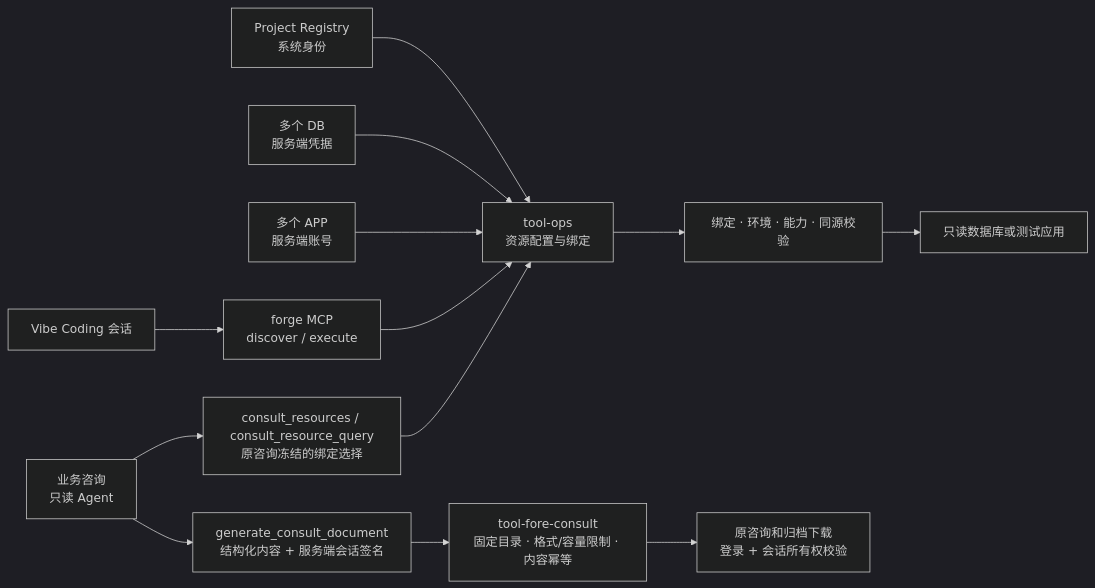
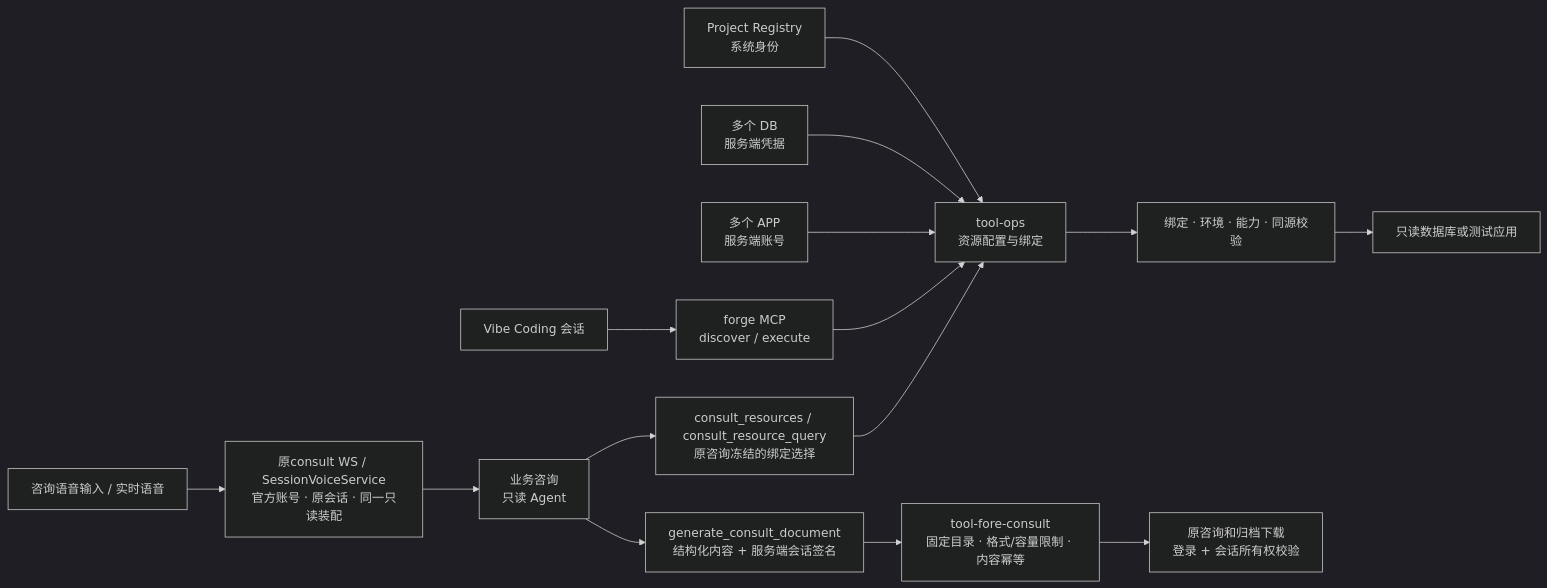
The eighth of 13 diagrams in docs/ai-coding-architecture.md (exception-coder/kai-toolbox), drawn with Mermaid (dark theme) before and after one commit. The commit also changed other lines of this file and 19 other files, not shown here.

````diff
--- a/docs/ai-coding-architecture.md
+++ b/docs/ai-coding-architecture.md
@@ -371,15 +373,17 @@
 ```mermaid
 flowchart LR
     REGISTRY["Project Registry<br/>系统身份"] --> BINDING["tool-ops<br/>资源配置与绑定"]
     DB["多个 DB<br/>服务端凭据"] --> BINDING
     APP["多个 APP<br/>服务端账号"] --> BINDING
     SESSION["Vibe Coding 会话"] --> FORGE["forge MCP<br/>discover / execute"]
     FORGE --> BINDING
     BINDING --> POLICY["绑定 · 环境 · 能力 · 同源校验"]
     POLICY --> TARGET["只读数据库或测试应用"]
     CONSULT["业务咨询<br/>只读 Agent"] --> DOC_TOOL["generate_consult_document<br/>结构化内容 + 服务端会话签名"]
+    CONSULT_UI["咨询语音输入 / 实时语音"] --> CONSULT_CHANNEL["原consult WS / SessionVoiceService<br/>官方账号 · 原会话 · 同一只读装配"]
+    CONSULT_CHANNEL --> CONSULT
     CONSULT --> QUERY_TOOL["consult_resources / consult_resource_query<br/>原咨询冻结的绑定选择"]
     QUERY_TOOL --> BINDING
     DOC_TOOL --> DOC_STORE["tool-fore-consult<br/>固定目录 · 格式/容量限制 · 内容幂等"]
     DOC_STORE --> DOC_DOWNLOAD["原咨询和归档下载<br/>登录 + 会话所有权校验"]
 ```
````
